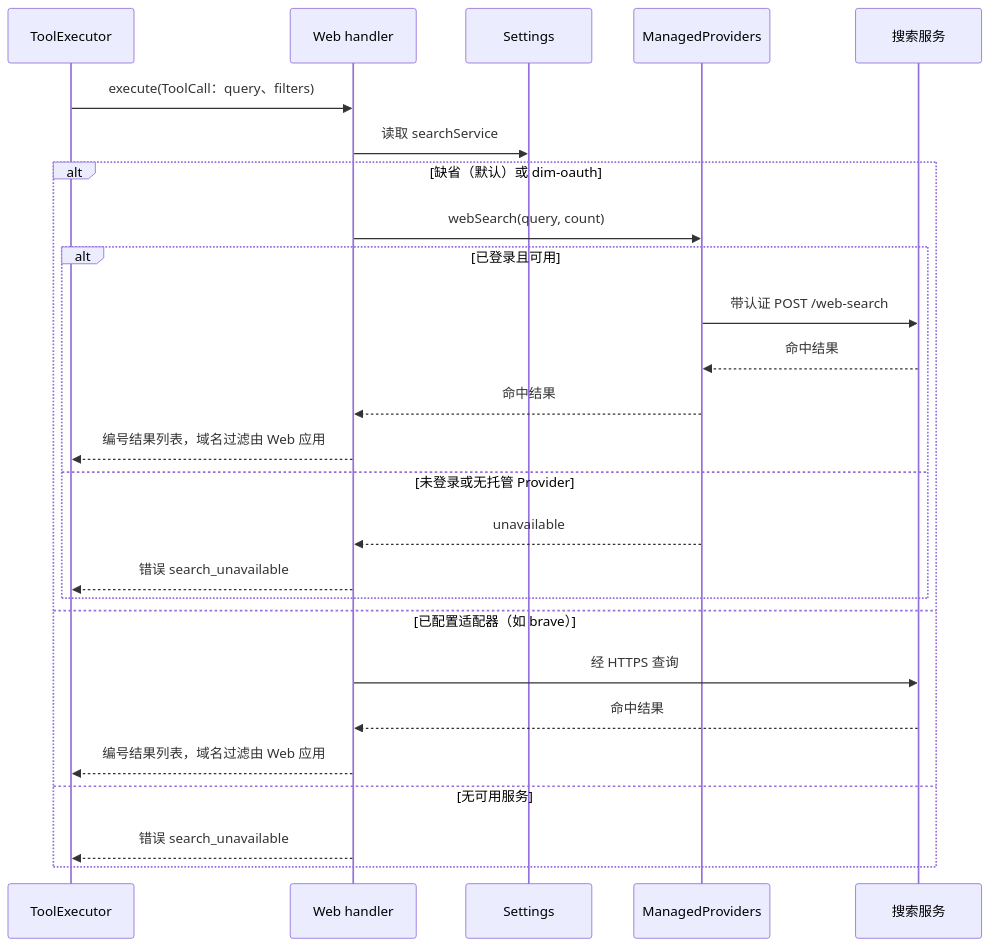
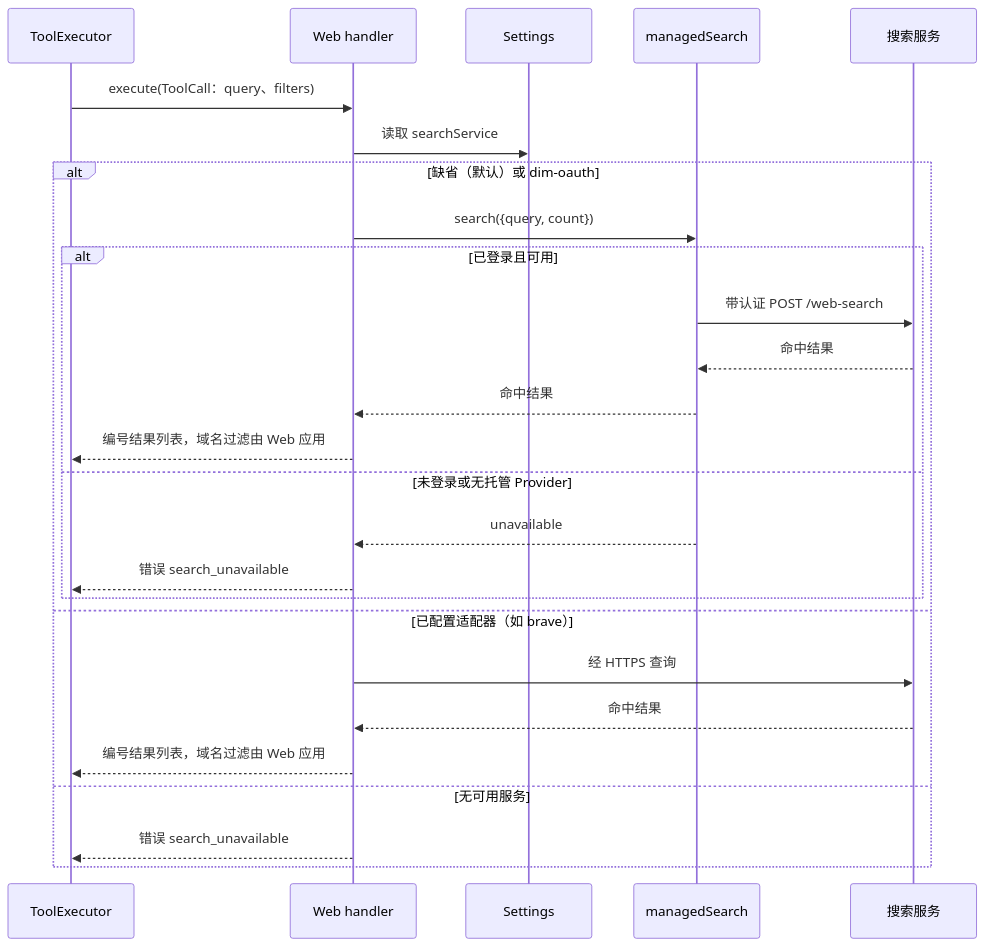
Before and after one commit to CoutinhoTTS/dim-agent: the fourth of 5 diagrams in docs/zh/design/plugins/Web.md, drawn with Mermaid. The commit also changed other lines of this file and 26 other files, not shown here.

Commit message:
feat(app): expose managed search through one typed data face

````diff
--- a/docs/zh/design/plugins/Web.md
+++ b/docs/zh/design/plugins/Web.md
@@ -96,28 +96,28 @@
 ```mermaid
 sequenceDiagram
   participant X as ToolExecutor
   participant W as Web handler
   participant S as Settings
-  participant M as ManagedProviders
+  participant M as managedSearch
   participant Q as 搜索服务
   X->>W: execute(ToolCall：query、filters)
   W->>S: 读取 searchService
   alt 缺省（默认）或 dim-oauth
-    W->>M: webSearch(query, count)
+    W->>M: search({query, count})
     alt 已登录且可用
       M->>Q: 带认证 POST /web-search
       Q-->>M: 命中结果
       M-->>W: 命中结果
       W-->>X: 编号结果列表，域名过滤由 Web 应用
     else 未登录或无托管 Provider
       M-->>W: unavailable
       W-->>X: 错误 search_unavailable
     end
   else 已配置适配器（如 brave）
     W->>Q: 经 HTTPS 查询
     Q-->>W: 命中结果
     W-->>X: 编号结果列表，域名过滤由 Web 应用
   else 无可用服务
     W-->>X: 错误 search_unavailable
   end
 ```
````
